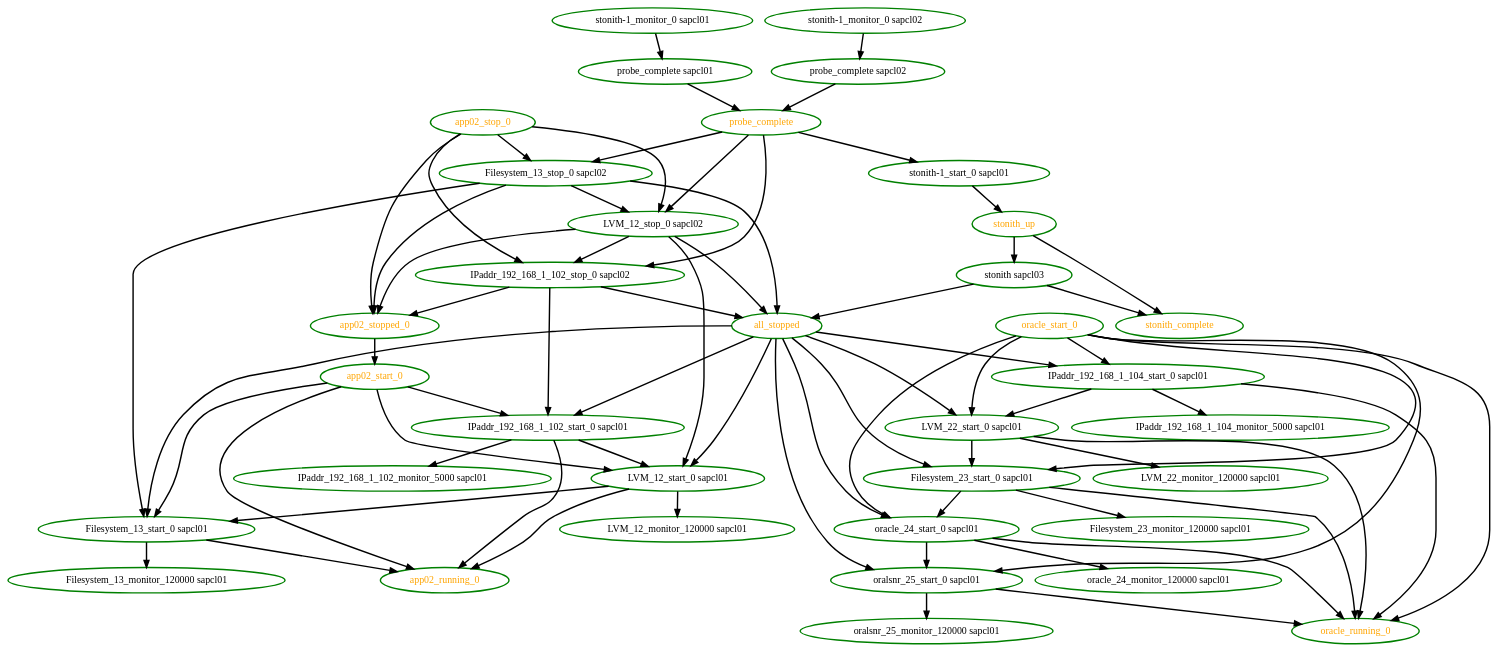
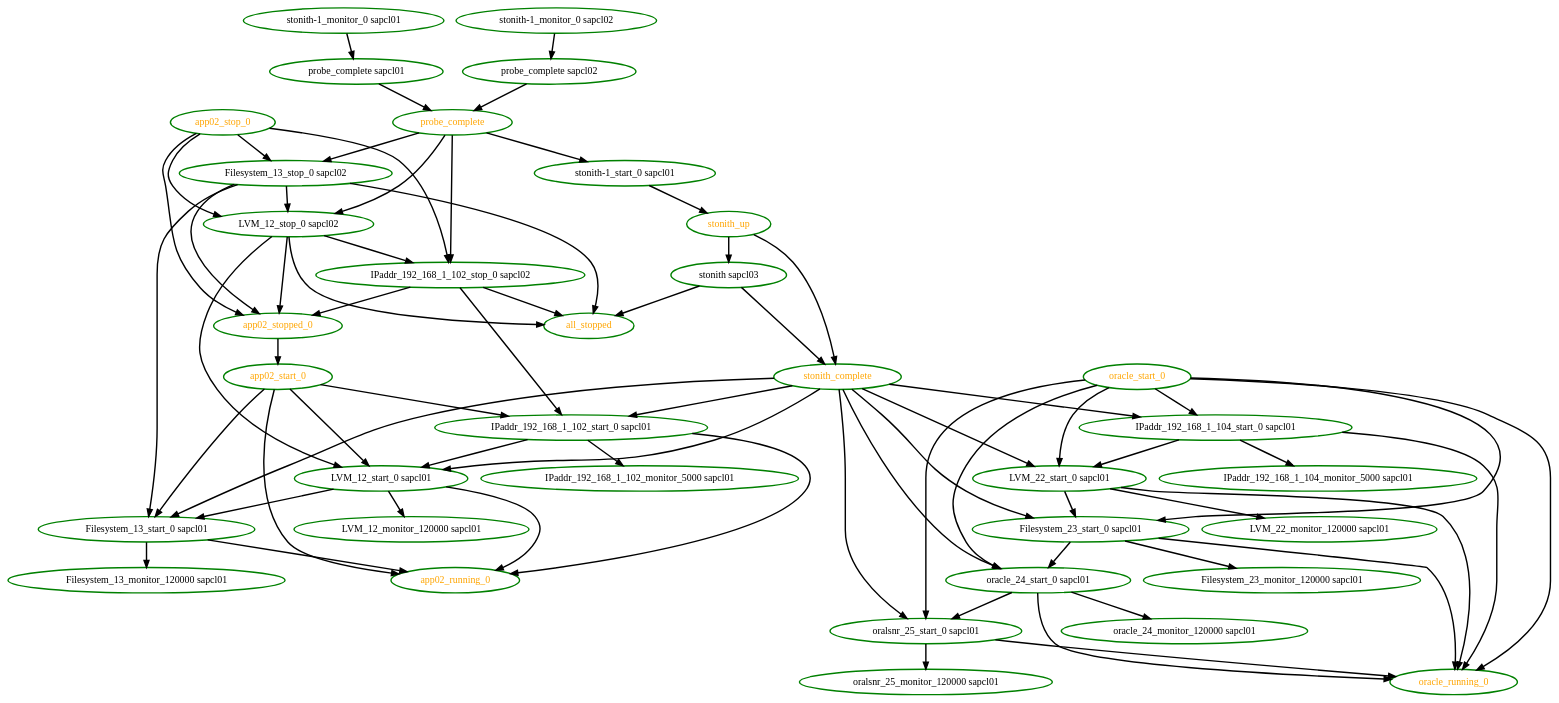
One commit to ClusterLabs/pacemaker changed the diagram in pengine/test10/rec-node-15.dot. Above: the diagram before and after it, drawn with Graphviz. The commit also changed 64 other files, not shown here.

```diff
--- a/pengine/test10/rec-node-15.dot
+++ b/pengine/test10/rec-node-15.dot
@@ -1,106 +1,106 @@
- digraph "g" {
+digraph "g" {
 "Filesystem_13_monitor_120000 sapcl01" [ style=bold color="green" fontcolor="black"  ]
 "Filesystem_13_start_0 sapcl01" -> "Filesystem_13_monitor_120000 sapcl01" [ style = bold]
 "Filesystem_13_start_0 sapcl01" -> "app02_running_0" [ style = bold]
 "Filesystem_13_start_0 sapcl01" [ style=bold color="green" fontcolor="black"  ]
 "Filesystem_13_stop_0 sapcl02" -> "Filesystem_13_start_0 sapcl01" [ style = bold]
 "Filesystem_13_stop_0 sapcl02" -> "LVM_12_stop_0 sapcl02" [ style = bold]
 "Filesystem_13_stop_0 sapcl02" -> "all_stopped" [ style = bold]
 "Filesystem_13_stop_0 sapcl02" -> "app02_stopped_0" [ style = bold]
 "Filesystem_13_stop_0 sapcl02" [ style=bold color="green" fontcolor="black"  ]
 "Filesystem_23_monitor_120000 sapcl01" [ style=bold color="green" fontcolor="black"  ]
 "Filesystem_23_start_0 sapcl01" -> "Filesystem_23_monitor_120000 sapcl01" [ style = bold]
 "Filesystem_23_start_0 sapcl01" -> "oracle_24_start_0 sapcl01" [ style = bold]
 "Filesystem_23_start_0 sapcl01" -> "oracle_running_0" [ style = bold]
 "Filesystem_23_start_0 sapcl01" [ style=bold color="green" fontcolor="black"  ]
 "IPaddr_192_168_1_102_monitor_5000 sapcl01" [ style=bold color="green" fontcolor="black"  ]
 "IPaddr_192_168_1_102_start_0 sapcl01" -> "IPaddr_192_168_1_102_monitor_5000 sapcl01" [ style = bold]
 "IPaddr_192_168_1_102_start_0 sapcl01" -> "LVM_12_start_0 sapcl01" [ style = bold]
 "IPaddr_192_168_1_102_start_0 sapcl01" -> "app02_running_0" [ style = bold]
 "IPaddr_192_168_1_102_start_0 sapcl01" [ style=bold color="green" fontcolor="black"  ]
 "IPaddr_192_168_1_102_stop_0 sapcl02" -> "IPaddr_192_168_1_102_start_0 sapcl01" [ style = bold]
 "IPaddr_192_168_1_102_stop_0 sapcl02" -> "all_stopped" [ style = bold]
 "IPaddr_192_168_1_102_stop_0 sapcl02" -> "app02_stopped_0" [ style = bold]
 "IPaddr_192_168_1_102_stop_0 sapcl02" [ style=bold color="green" fontcolor="black"  ]
 "IPaddr_192_168_1_104_monitor_5000 sapcl01" [ style=bold color="green" fontcolor="black"  ]
 "IPaddr_192_168_1_104_start_0 sapcl01" -> "IPaddr_192_168_1_104_monitor_5000 sapcl01" [ style = bold]
 "IPaddr_192_168_1_104_start_0 sapcl01" -> "LVM_22_start_0 sapcl01" [ style = bold]
 "IPaddr_192_168_1_104_start_0 sapcl01" -> "oracle_running_0" [ style = bold]
 "IPaddr_192_168_1_104_start_0 sapcl01" [ style=bold color="green" fontcolor="black"  ]
 "LVM_12_monitor_120000 sapcl01" [ style=bold color="green" fontcolor="black"  ]
 "LVM_12_start_0 sapcl01" -> "Filesystem_13_start_0 sapcl01" [ style = bold]
 "LVM_12_start_0 sapcl01" -> "LVM_12_monitor_120000 sapcl01" [ style = bold]
 "LVM_12_start_0 sapcl01" -> "app02_running_0" [ style = bold]
 "LVM_12_start_0 sapcl01" [ style=bold color="green" fontcolor="black"  ]
 "LVM_12_stop_0 sapcl02" -> "IPaddr_192_168_1_102_stop_0 sapcl02" [ style = bold]
 "LVM_12_stop_0 sapcl02" -> "LVM_12_start_0 sapcl01" [ style = bold]
 "LVM_12_stop_0 sapcl02" -> "all_stopped" [ style = bold]
 "LVM_12_stop_0 sapcl02" -> "app02_stopped_0" [ style = bold]
 "LVM_12_stop_0 sapcl02" [ style=bold color="green" fontcolor="black"  ]
 "LVM_22_monitor_120000 sapcl01" [ style=bold color="green" fontcolor="black"  ]
 "LVM_22_start_0 sapcl01" -> "Filesystem_23_start_0 sapcl01" [ style = bold]
 "LVM_22_start_0 sapcl01" -> "LVM_22_monitor_120000 sapcl01" [ style = bold]
 "LVM_22_start_0 sapcl01" -> "oracle_running_0" [ style = bold]
 "LVM_22_start_0 sapcl01" [ style=bold color="green" fontcolor="black"  ]
-"all_stopped" -> "Filesystem_13_start_0 sapcl01" [ style = bold]
-"all_stopped" -> "Filesystem_23_start_0 sapcl01" [ style = bold]
-"all_stopped" -> "IPaddr_192_168_1_102_start_0 sapcl01" [ style = bold]
-"all_stopped" -> "IPaddr_192_168_1_104_start_0 sapcl01" [ style = bold]
-"all_stopped" -> "LVM_12_start_0 sapcl01" [ style = bold]
-"all_stopped" -> "LVM_22_start_0 sapcl01" [ style = bold]
-"all_stopped" -> "oracle_24_start_0 sapcl01" [ style = bold]
-"all_stopped" -> "oralsnr_25_start_0 sapcl01" [ style = bold]
 "all_stopped" [ style=bold color="green" fontcolor="orange"  ]
 "app02_running_0" [ style=bold color="green" fontcolor="orange"  ]
 "app02_start_0" -> "Filesystem_13_start_0 sapcl01" [ style = bold]
 "app02_start_0" -> "IPaddr_192_168_1_102_start_0 sapcl01" [ style = bold]
 "app02_start_0" -> "LVM_12_start_0 sapcl01" [ style = bold]
 "app02_start_0" -> "app02_running_0" [ style = bold]
 "app02_start_0" [ style=bold color="green" fontcolor="orange"  ]
 "app02_stop_0" -> "Filesystem_13_stop_0 sapcl02" [ style = bold]
 "app02_stop_0" -> "IPaddr_192_168_1_102_stop_0 sapcl02" [ style = bold]
 "app02_stop_0" -> "LVM_12_stop_0 sapcl02" [ style = bold]
 "app02_stop_0" -> "app02_stopped_0" [ style = bold]
 "app02_stop_0" [ style=bold color="green" fontcolor="orange"  ]
 "app02_stopped_0" -> "app02_start_0" [ style = bold]
 "app02_stopped_0" [ style=bold color="green" fontcolor="orange"  ]
 "oracle_24_monitor_120000 sapcl01" [ style=bold color="green" fontcolor="black"  ]
 "oracle_24_start_0 sapcl01" -> "oracle_24_monitor_120000 sapcl01" [ style = bold]
 "oracle_24_start_0 sapcl01" -> "oracle_running_0" [ style = bold]
 "oracle_24_start_0 sapcl01" -> "oralsnr_25_start_0 sapcl01" [ style = bold]
 "oracle_24_start_0 sapcl01" [ style=bold color="green" fontcolor="black"  ]
 "oracle_running_0" [ style=bold color="green" fontcolor="orange"  ]
 "oracle_start_0" -> "Filesystem_23_start_0 sapcl01" [ style = bold]
 "oracle_start_0" -> "IPaddr_192_168_1_104_start_0 sapcl01" [ style = bold]
 "oracle_start_0" -> "LVM_22_start_0 sapcl01" [ style = bold]
 "oracle_start_0" -> "oracle_24_start_0 sapcl01" [ style = bold]
 "oracle_start_0" -> "oracle_running_0" [ style = bold]
 "oracle_start_0" -> "oralsnr_25_start_0 sapcl01" [ style = bold]
 "oracle_start_0" [ style=bold color="green" fontcolor="orange"  ]
 "oralsnr_25_monitor_120000 sapcl01" [ style=bold color="green" fontcolor="black"  ]
 "oralsnr_25_start_0 sapcl01" -> "oracle_running_0" [ style = bold]
 "oralsnr_25_start_0 sapcl01" -> "oralsnr_25_monitor_120000 sapcl01" [ style = bold]
 "oralsnr_25_start_0 sapcl01" [ style=bold color="green" fontcolor="black"  ]
 "probe_complete sapcl01" -> "probe_complete" [ style = bold]
 "probe_complete sapcl01" [ style=bold color="green" fontcolor="black"  ]
 "probe_complete sapcl02" -> "probe_complete" [ style = bold]
 "probe_complete sapcl02" [ style=bold color="green" fontcolor="black"  ]
 "probe_complete" -> "Filesystem_13_stop_0 sapcl02" [ style = bold]
 "probe_complete" -> "IPaddr_192_168_1_102_stop_0 sapcl02" [ style = bold]
 "probe_complete" -> "LVM_12_stop_0 sapcl02" [ style = bold]
 "probe_complete" -> "stonith-1_start_0 sapcl01" [ style = bold]
 "probe_complete" [ style=bold color="green" fontcolor="orange"  ]
 "stonith sapcl03" -> "all_stopped" [ style = bold]
 "stonith sapcl03" -> "stonith_complete" [ style = bold]
 "stonith sapcl03" [ style=bold color="green" fontcolor="black"  ]
 "stonith-1_monitor_0 sapcl01" -> "probe_complete sapcl01" [ style = bold]
 "stonith-1_monitor_0 sapcl01" [ style=bold color="green" fontcolor="black"  ]
 "stonith-1_monitor_0 sapcl02" -> "probe_complete sapcl02" [ style = bold]
 "stonith-1_monitor_0 sapcl02" [ style=bold color="green" fontcolor="black"  ]
 "stonith-1_start_0 sapcl01" -> "stonith_up" [ style = bold]
 "stonith-1_start_0 sapcl01" [ style=bold color="green" fontcolor="black"  ]
+"stonith_complete" -> "Filesystem_13_start_0 sapcl01" [ style = bold]
+"stonith_complete" -> "Filesystem_23_start_0 sapcl01" [ style = bold]
+"stonith_complete" -> "IPaddr_192_168_1_102_start_0 sapcl01" [ style = bold]
+"stonith_complete" -> "IPaddr_192_168_1_104_start_0 sapcl01" [ style = bold]
+"stonith_complete" -> "LVM_12_start_0 sapcl01" [ style = bold]
+"stonith_complete" -> "LVM_22_start_0 sapcl01" [ style = bold]
+"stonith_complete" -> "oracle_24_start_0 sapcl01" [ style = bold]
+"stonith_complete" -> "oralsnr_25_start_0 sapcl01" [ style = bold]
 "stonith_complete" [ style=bold color="green" fontcolor="orange"  ]
 "stonith_up" -> "stonith sapcl03" [ style = bold]
 "stonith_up" -> "stonith_complete" [ style = bold]
 "stonith_up" [ style=bold color="green" fontcolor="orange"  ]
 }
```
